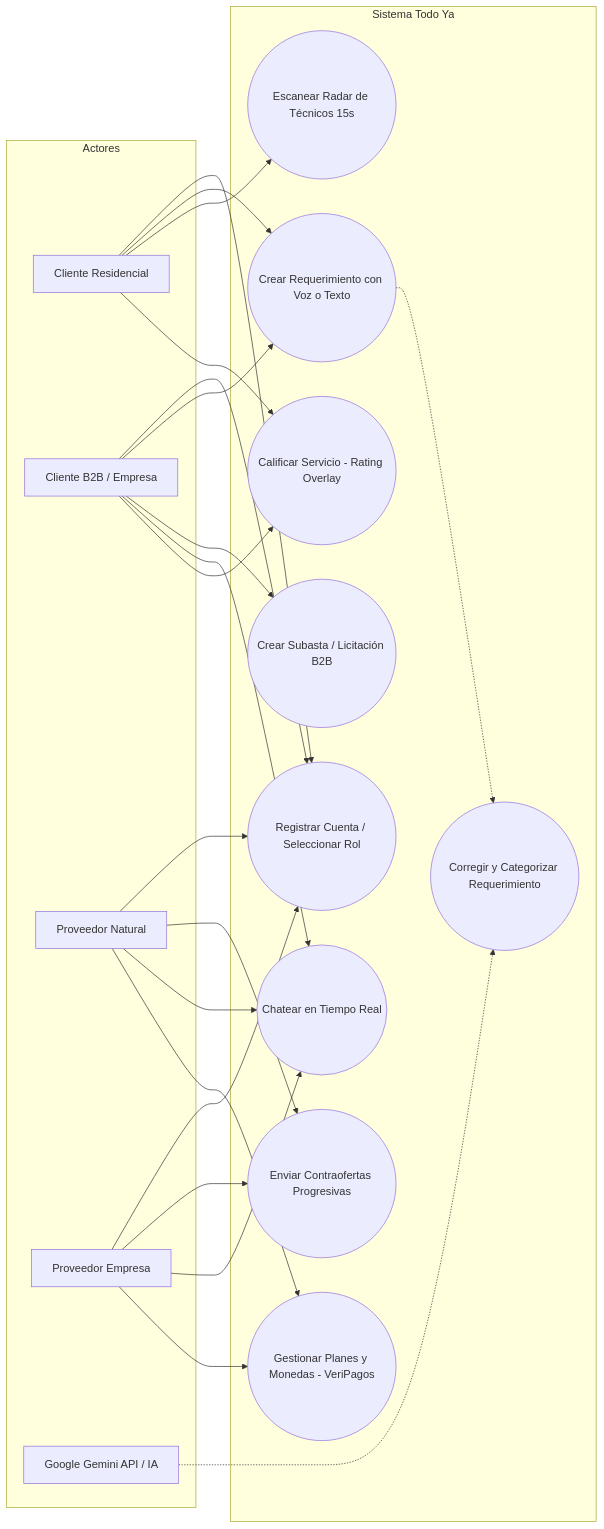
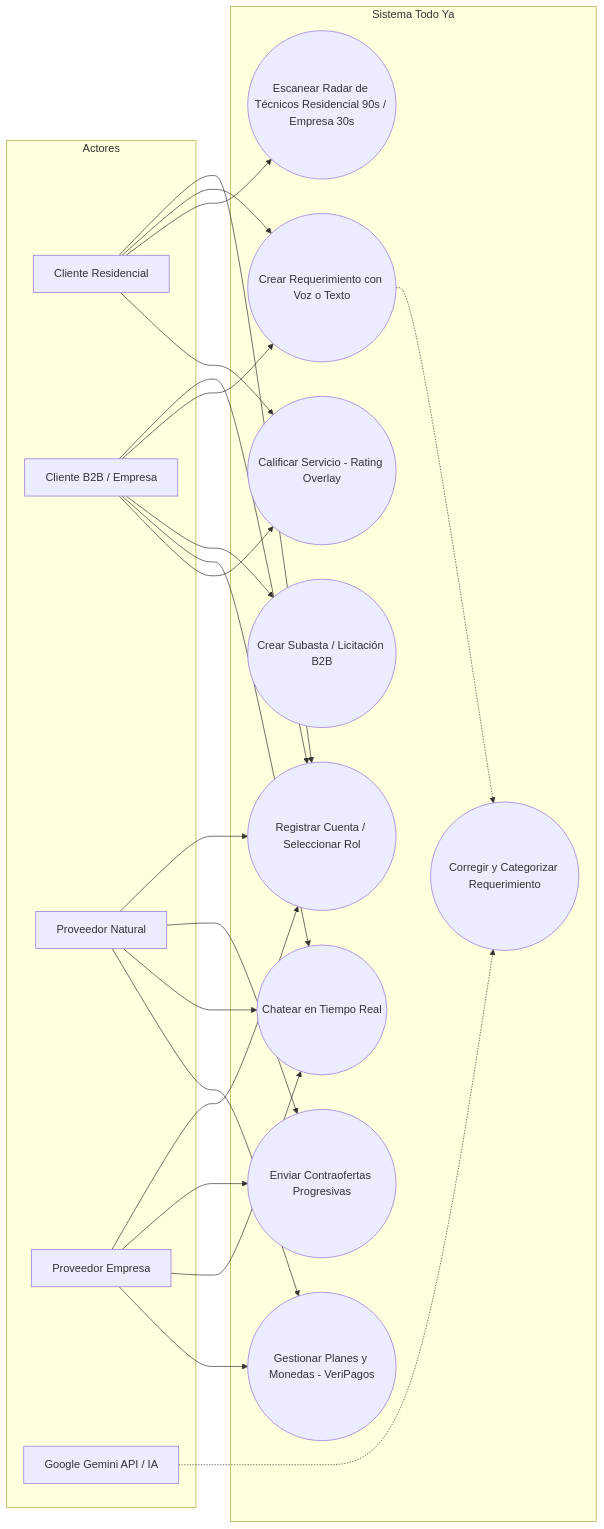
The first of 3 diagrams in PROPUESTA_ACADEMICA.md (Todo-Yaa/TodoYa), drawn with Mermaid before and after one commit. The commit also changed other lines of this file and 5 other files, not shown here.

````diff
--- a/PROPUESTA_ACADEMICA.md
+++ b/PROPUESTA_ACADEMICA.md
@@ -160,46 +189,46 @@
 ```mermaid
 graph LR
     subgraph Actores
         CR[Cliente Residencial]
         CC[Cliente B2B / Empresa]
         PN[Proveedor Natural]
         PE[Proveedor Empresa]
         IA[Google Gemini API / IA]
     end
 
     subgraph Sistema Todo Ya
         UC1((Registrar Cuenta / Seleccionar Rol))
         UC2((Crear Requerimiento con Voz o Texto))
         UC3((Corregir y Categorizar Requerimiento))
-        UC4((Escanear Radar de Técnicos 15s))
+        UC4((Escanear Radar de Técnicos Residencial 90s / Empresa 30s))
         UC5((Crear Subasta / Licitación B2B))
         UC6((Enviar Contraofertas Progresivas))
         UC7((Chatear en Tiempo Real))
         UC8((Calificar Servicio - Rating Overlay))
         UC9((Gestionar Planes y Monedas - VeriPagos))
     end
 
     CR --> UC1
     CR --> UC2
     CR --> UC4
     CR --> UC8
 
     CC --> UC1
     CC --> UC2
     CC --> UC5
     CC --> UC7
     CC --> UC8
 
     PN --> UC1
     PN --> UC6
     PN --> UC7
     PN --> UC9
 
     PE --> UC1
     PE --> UC6
     PE --> UC7
     PE --> UC9
 
     IA -.-> UC3
     UC2 -.-> UC3
 ```
````
